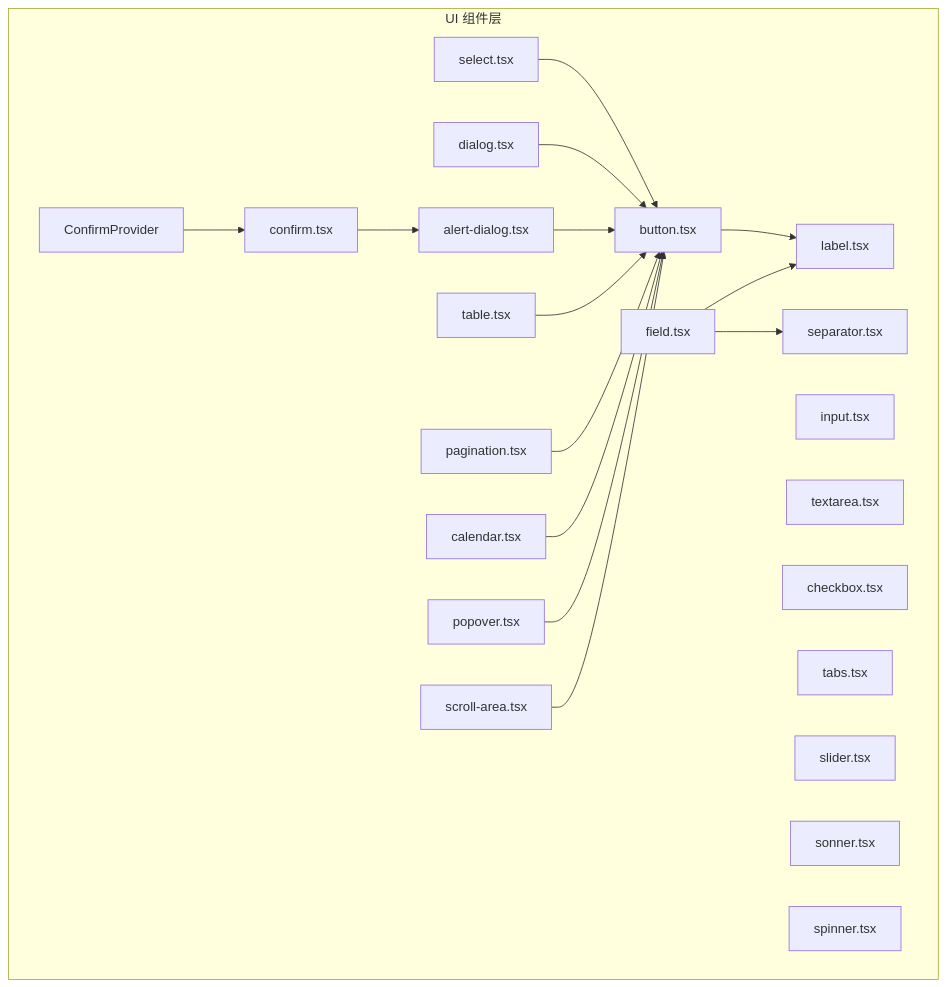
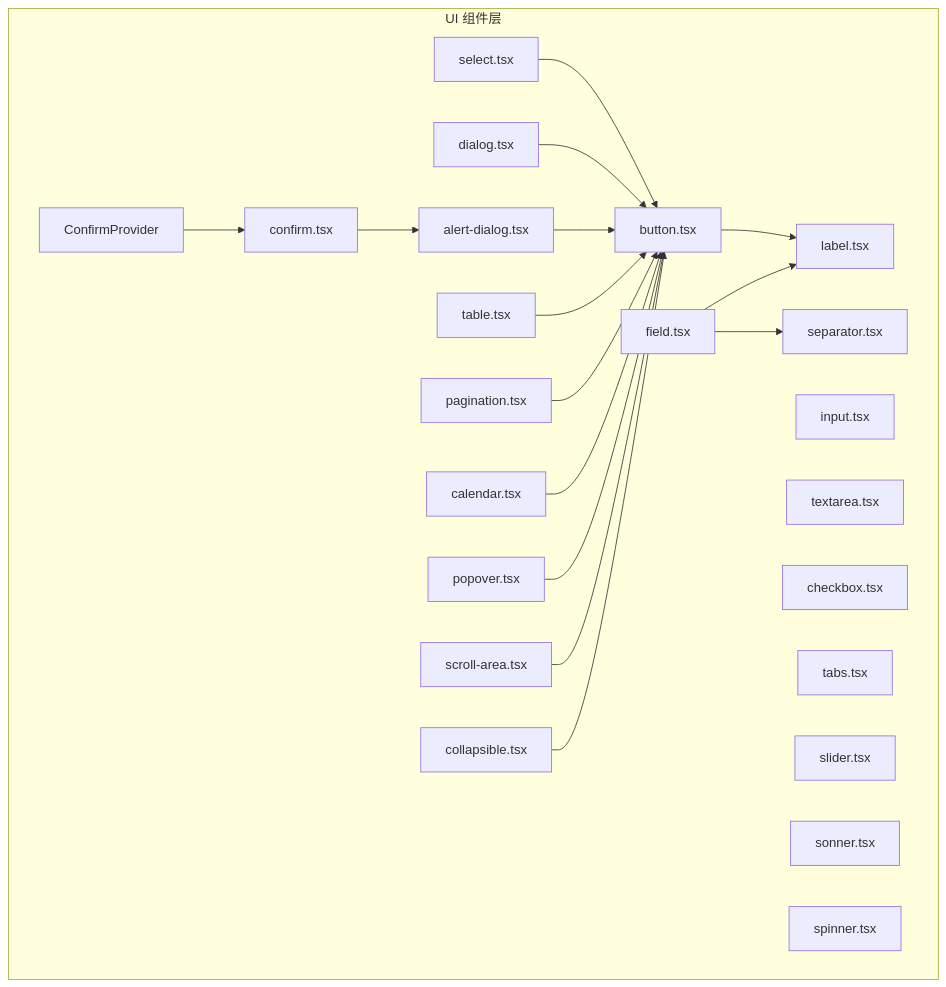
One commit to RadiumAg/AIGate changed the first of 3 diagrams in .qoder/repowiki/zh/content/前端组件/UI 组件库.md. Above: the diagram before and after it, drawn with Mermaid. The commit also changed other lines of this file and 7 other files, not shown here.

````diff
--- a/.qoder/repowiki/zh/content/前端组件/UI 组件库.md
+++ b/.qoder/repowiki/zh/content/前端组件/UI 组件库.md
@@ -61,39 +63,41 @@
 ```mermaid
 graph TB
 subgraph "UI 组件层"
 BTN["button.tsx"]
 INP["input.tsx"]
 TXT["textarea.tsx"]
 CHK["checkbox.tsx"]
 SEL["select.tsx"]
 DLG["dialog.tsx"]
 TAB["tabs.tsx"]
 POP["popover.tsx"]
 SLI["slider.tsx"]
 SEP["separator.tsx"]
 SCR["scroll-area.tsx"]
 TBL["table.tsx"]
 PAG["pagination.tsx"]
 CAL["calendar.tsx"]
 LAB["label.tsx"]
 FLD["field.tsx"]
 SON["sonner.tsx"]
 SPI["spinner.tsx"]
 ALERT["alert-dialog.tsx"]
 CONFIRM["confirm.tsx"]
 PROVIDER["ConfirmProvider"]
+COLL["collapsible.tsx"]
 end
 BTN --> LAB
 SEL --> BTN
 DLG --> BTN
 ALERT --> BTN
 CONFIRM --> ALERT
 PROVIDER --> CONFIRM
 TBL --> BTN
 PAG --> BTN
 CAL --> BTN
 FLD --> LAB
 FLD --> SEP
 POP --> BTN
 SCR --> BTN
+COLL --> BTN
 ```
````
